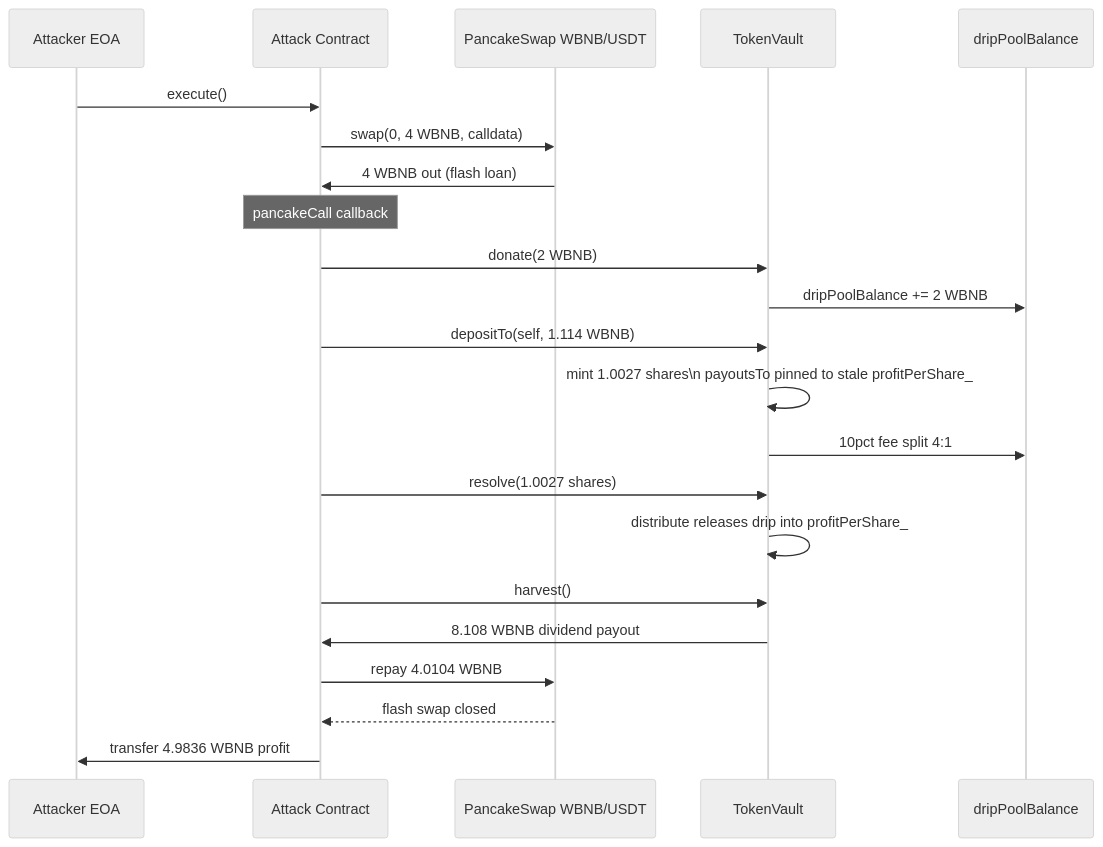
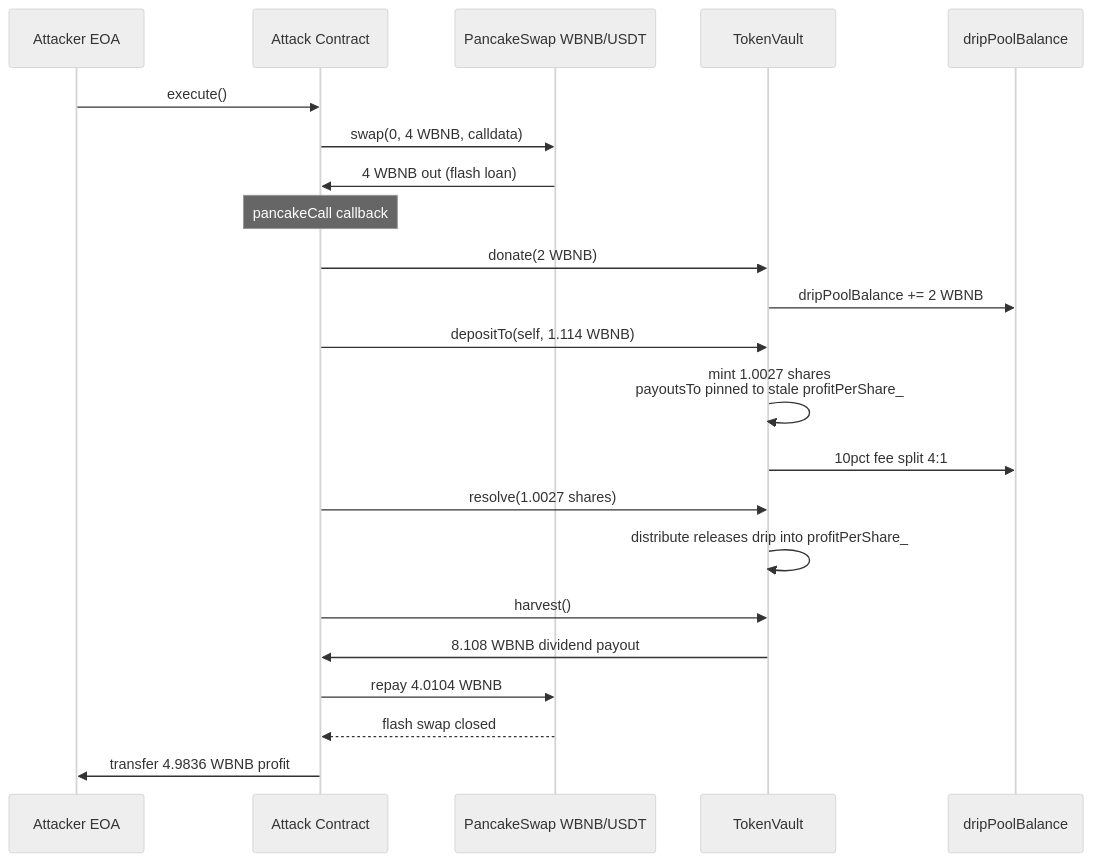
Before and after one commit to sanbir/evm-hack-registry: the first of 2 diagrams in 2025-06-TokenVault_exp/TokenVault_exp.md, drawn with Mermaid (neutral theme). The commit also changed other lines of this file and 280 other files, not shown here.

Commit message:
mermaid fixes

````diff
--- a/2025-06-TokenVault_exp/TokenVault_exp.md
+++ b/2025-06-TokenVault_exp/TokenVault_exp.md
@@ -140,25 +140,25 @@
 ```mermaid
 sequenceDiagram
     participant Att as Attacker EOA
     participant AC as Attack Contract
     participant Pair as PancakeSwap WBNB/USDT
     participant TV as TokenVault
     participant Pool as dripPoolBalance
 
     Att->>AC: execute()
     AC->>Pair: swap(0, 4 WBNB, calldata)
     Pair->>AC: 4 WBNB out (flash loan)
     Note over AC: pancakeCall callback
     AC->>TV: donate(2 WBNB)
     TV->>Pool: dripPoolBalance += 2 WBNB
     AC->>TV: depositTo(self, 1.114 WBNB)
-    TV->>TV: mint 1.0027 shares\n payoutsTo pinned to stale profitPerShare_
+    TV->>TV: mint 1.0027 shares<br/> payoutsTo pinned to stale profitPerShare_
     TV->>Pool: 10pct fee split 4:1
     AC->>TV: resolve(1.0027 shares)
     TV->>TV: distribute releases drip into profitPerShare_
     AC->>TV: harvest()
     TV->>AC: 8.108 WBNB dividend payout
     AC->>Pair: repay 4.0104 WBNB
     Pair-->>AC: flash swap closed
     AC->>Att: transfer 4.9836 WBNB profit
 ```
````
